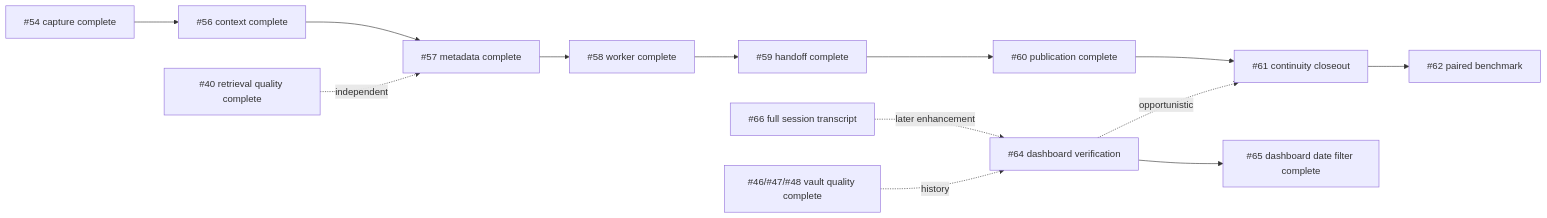
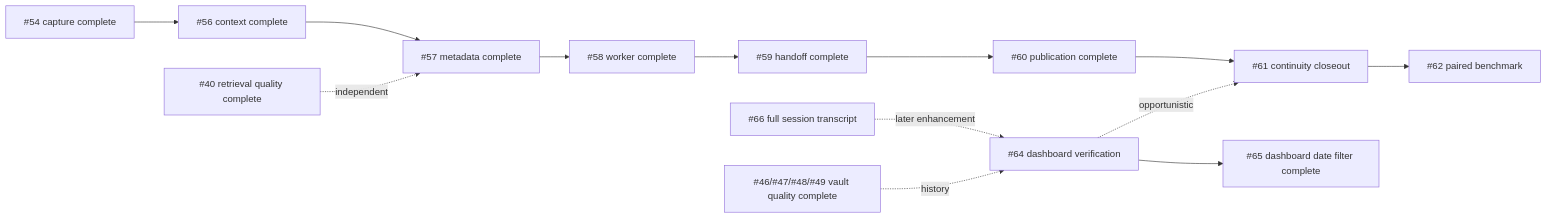
Before and after one commit to vib28/ai-memory-hub: the diagram in docs/issue-priority-order.md, drawn with Mermaid. The commit also changed other lines of this file and 7 other files, not shown here.

````diff
--- a/docs/issue-priority-order.md
+++ b/docs/issue-priority-order.md
@@ -9,15 +9,15 @@
 ```mermaid
 flowchart LR
     P["#54 capture complete"] --> A["#56 context complete"]
     A --> B["#57 metadata complete"]
     B --> C["#58 worker complete"]
     C --> D["#59 handoff complete"]
     D --> E["#60 publication complete"]
     E --> F["#61 continuity closeout"]
     F --> G["#62 paired benchmark"]
     I["#40 retrieval quality complete"] -. independent .-> B
     J["#64 dashboard verification"] -. opportunistic .-> F
     J --> K["#65 dashboard date filter complete"]
     L["#66 full session transcript"] -. later enhancement .-> J
-    M["#46/#47/#48 vault quality complete"] -. history .-> J
+    M["#46/#47/#48/#49 vault quality complete"] -. history .-> J
 ```
````
